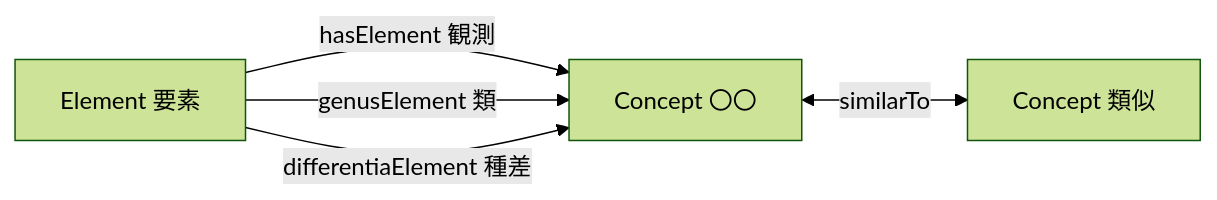
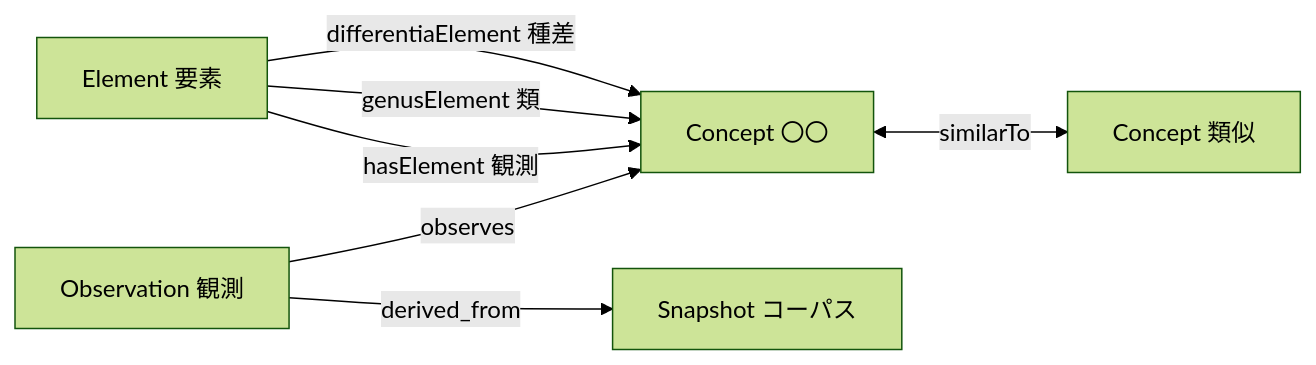
One commit to myon-bioinformatics/OnTautoLogy changed the second of 4 diagrams in README.md. Above: the diagram before and after it, drawn with Mermaid (forest theme). The commit also changed other lines of this file and 3 other files, not shown here.

First line of the commit message:
feat: 第二弾の観測を第一弾と同じ監視層（Observation・Snapshot）に寄せる

````diff
--- a/README.md
+++ b/README.md
@@ -150,7 +154,9 @@
 ```mermaid
 flowchart LR
-  E[Element 要素] -->|hasElement 観測| C[Concept 〇〇]
+  O[Observation 観測] -->|observes| C[Concept 〇〇]
+  O -->|derived_from| N[Snapshot コーパス]
+  E[Element 要素] -->|hasElement 観測| C
   E -->|genusElement 類| C
   E -->|differentiaElement 種差| C
   C <-->|similarTo| S[Concept 類似]
 ```
````
